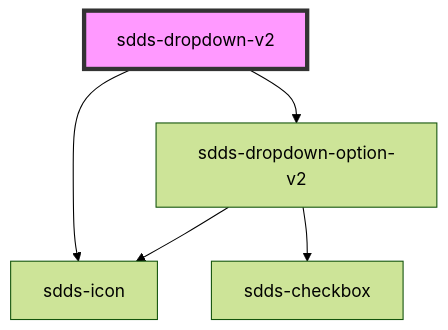
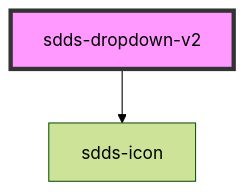
The diagram in tegel/src/components/dropdown-v2/readme.md (scania-digital-design-system/sdds), drawn with Mermaid (forest theme) before and after one commit. The commit also changed other lines of this file and 4 other files, not shown here.

````diff
--- a/tegel/src/components/dropdown-v2/readme.md
+++ b/tegel/src/components/dropdown-v2/readme.md
@@ -100,8 +99,5 @@
 ```mermaid
 graph TD;
   sdds-dropdown-v2 --> sdds-icon
-  sdds-dropdown-v2 --> sdds-dropdown-option-v2
-  sdds-dropdown-option-v2 --> sdds-checkbox
-  sdds-dropdown-option-v2 --> sdds-icon
   style sdds-dropdown-v2 fill:#f9f,stroke:#333,stroke-width:4px
 ```
````
